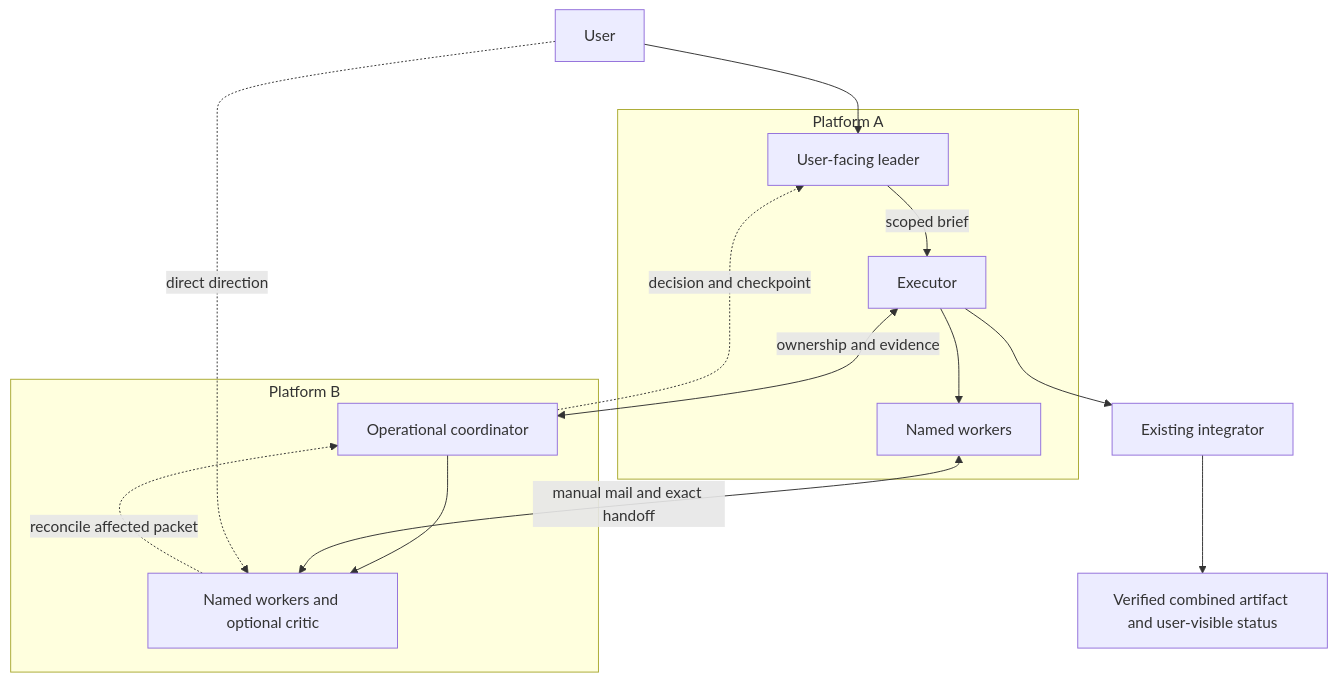
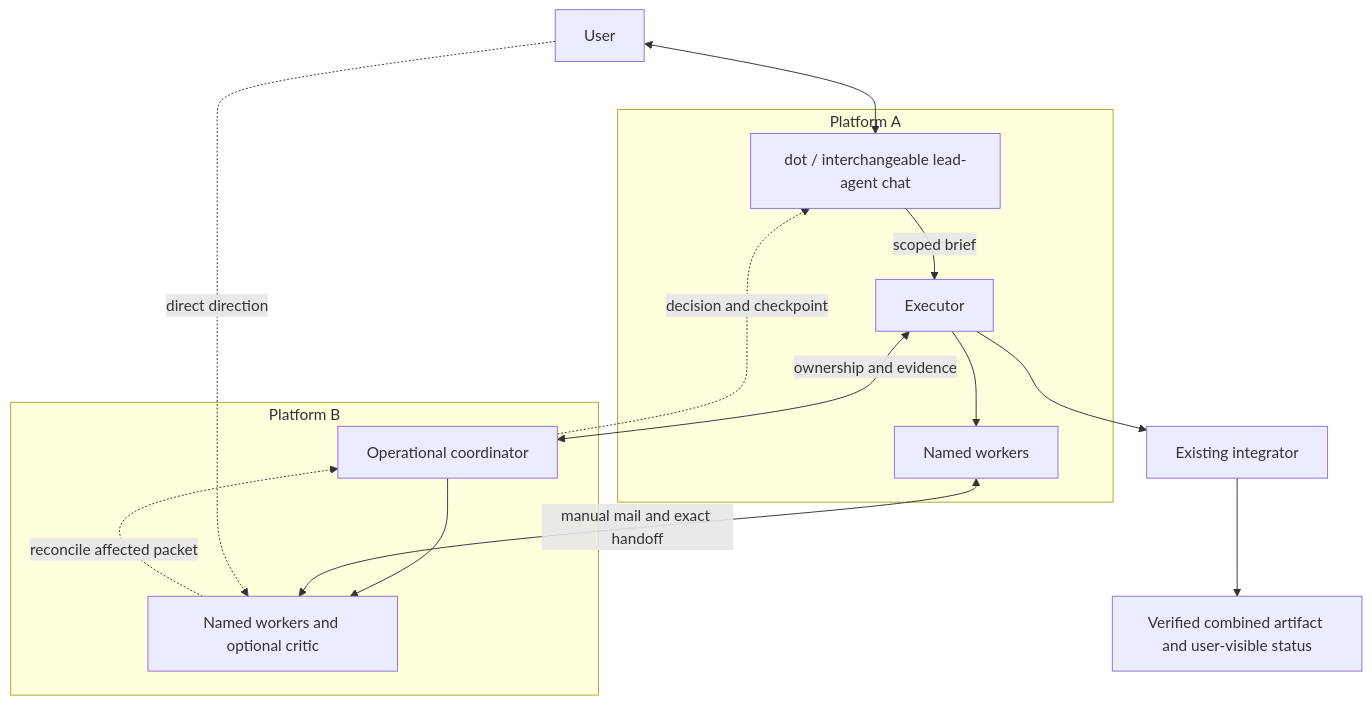
The diagram in references/topology.md (deciduus/cross-harness-agent-mail), drawn with Mermaid before and after one commit. The commit also changed other lines of this file and 10 other files, not shown here.

````diff
--- a/references/topology.md
+++ b/references/topology.md
@@ -16,23 +26,23 @@
 ```mermaid
 flowchart TB
-  U[User] --> L[User-facing leader]
+  U[User] <--> L[dot / interchangeable lead-agent chat]
   L -->|scoped brief| E[Executor]
   E <-->|ownership and evidence| C[Operational coordinator]
   subgraph A[Platform A]
     L
     E
     WA[Named workers]
     E --> WA
   end
   subgraph B[Platform B]
     C
     WB[Named workers and optional critic]
     C --> WB
   end
   WA <-->|manual mail and exact handoff| WB
   U -. direct direction .-> WB
   WB -. reconcile affected packet .-> C
   C -. decision and checkpoint .-> L
   E --> I[Existing integrator]
   I --> V[Verified combined artifact and user-visible status]
 ```
````
